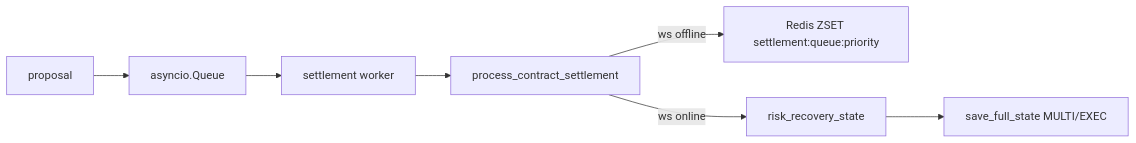
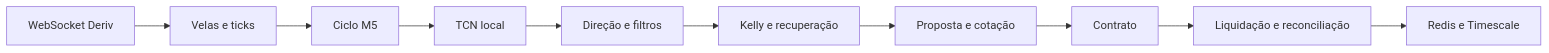
Before and after one commit to victorh-silveira/aether-quantum-engine: the diagram in docs/arquitetura.md, drawn with Mermaid. The commit also changed other lines of this file and 105 other files, not shown here.

````diff
--- a/docs/arquitetura.md
+++ b/docs/arquitetura.md
@@ -329,9 +20,12 @@
 ```mermaid
 flowchart LR
-  POC[proposal] --> IQ[asyncio.Queue]
-  IQ --> WK[settlement worker]
-  WK --> PCS[process_contract_settlement]
-  PCS -->|ws offline| ZSET[Redis ZSET settlement:queue:priority]
-  PCS -->|ws online| RSC[risk_recovery_state]
-  RSC --> SAVE[save_full_state MULTI/EXEC]
+    WS[WebSocket Deriv] --> Buffer[Velas e ticks]
+    Buffer --> Cycle[Ciclo M5]
+    Cycle --> TCN[TCN local]
+    TCN --> Direction[Direção e filtros]
+    Direction --> Risk[Kelly e recuperação]
+    Risk --> Quote[Proposta e cotação]
+    Quote --> Contract[Contrato]
+    Contract --> Settle[Liquidação e reconciliação]
+    Settle --> State[Redis e Timescale]
 ```
````
